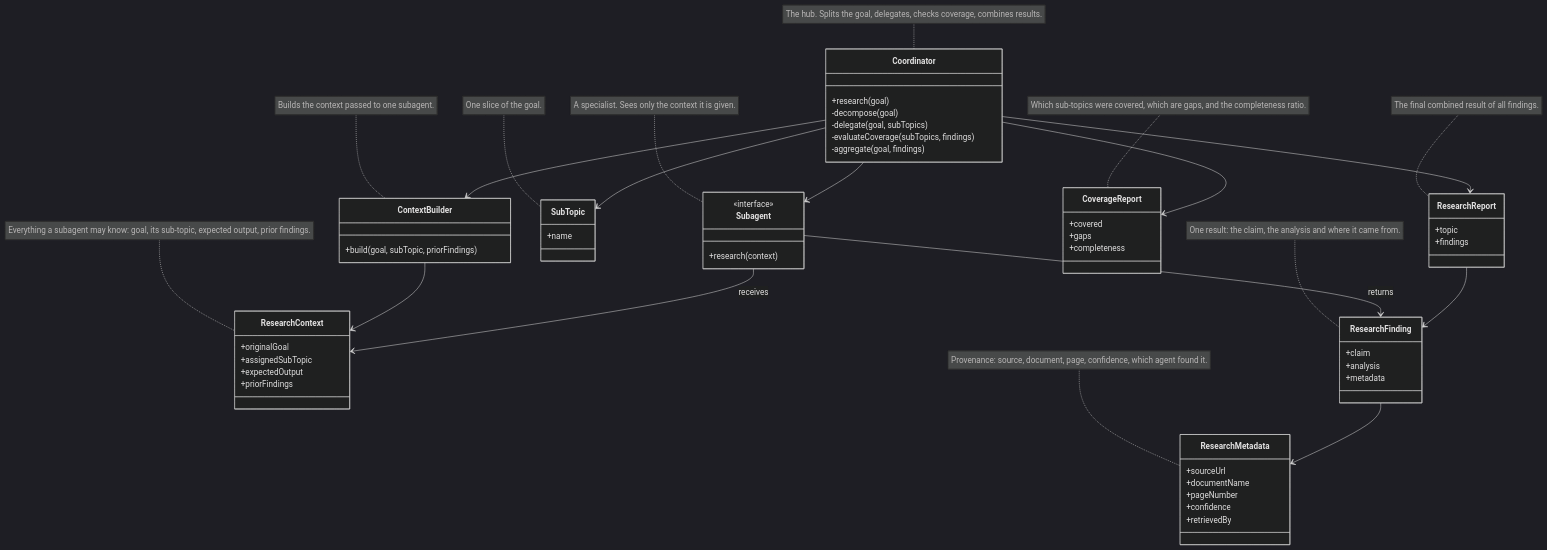
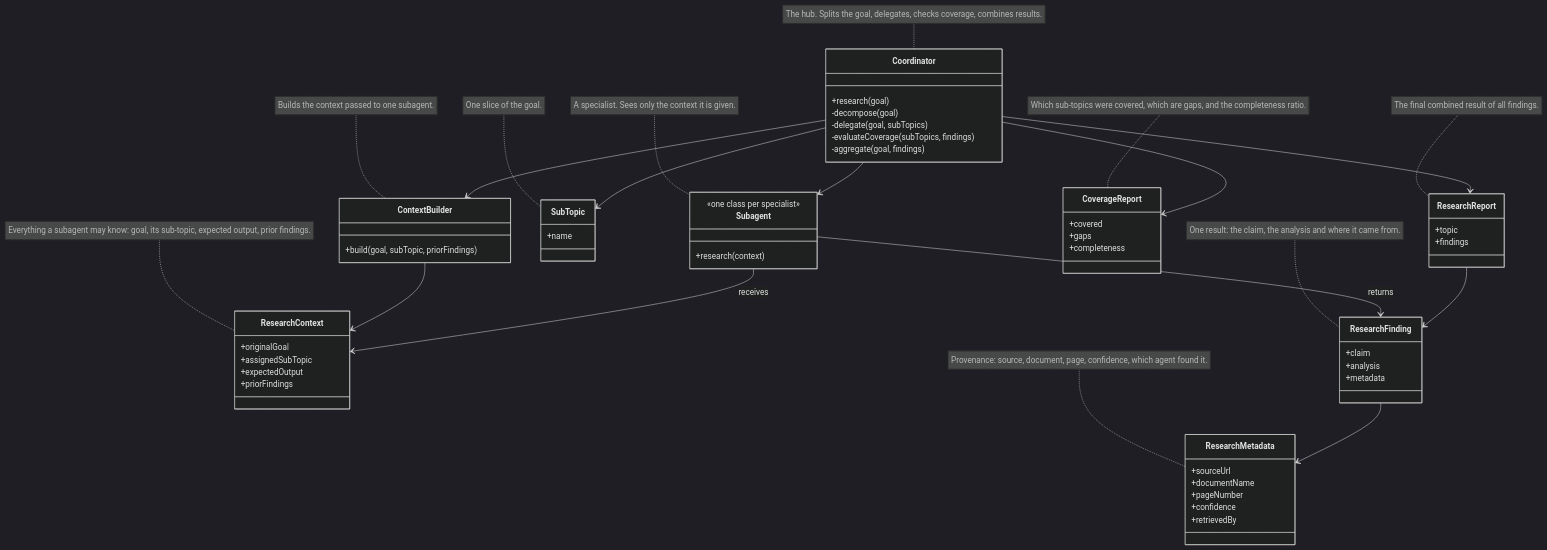
The sixth of 8 diagrams in README.md (YashzAlphaGeek/agent-engineering-lab), drawn with Mermaid (dark theme) before and after one commit. The commit also changed other lines of this file, not shown here.

Commit message:
update of README with mermaid diagram

````diff
--- a/README.md
+++ b/README.md
@@ -353,77 +364,77 @@
 ```mermaid
 classDiagram
 
     class Coordinator {
         +research(goal)
         -decompose(goal)
         -delegate(goal, subTopics)
         -evaluateCoverage(subTopics, findings)
         -aggregate(goal, findings)
     }
 
     class Subagent {
-        <<interface>>
+        <<one class per specialist>>
         +research(context)
     }
 
     class ContextBuilder {
         +build(goal, subTopic, priorFindings)
     }
 
     class ResearchContext {
         +originalGoal
         +assignedSubTopic
         +expectedOutput
         +priorFindings
     }
 
     class SubTopic {
         +name
     }
 
     class ResearchFinding {
         +claim
         +analysis
         +metadata
     }
 
     class ResearchMetadata {
         +sourceUrl
         +documentName
         +pageNumber
         +confidence
         +retrievedBy
     }
 
     class ResearchReport {
         +topic
         +findings
     }
 
     class CoverageReport {
         +covered
         +gaps
         +completeness
     }
 
     Coordinator --> ContextBuilder
     Coordinator --> Subagent
     Coordinator --> SubTopic
     Coordinator --> CoverageReport
     Coordinator --> ResearchReport
     ContextBuilder --> ResearchContext
     Subagent --> ResearchContext : receives
     Subagent --> ResearchFinding : returns
     ResearchFinding --> ResearchMetadata
     ResearchReport --> ResearchFinding
 
     note for Coordinator "The hub. Splits the goal, delegates, checks coverage, combines results."
     note for Subagent "A specialist. Sees only the context it is given."
     note for ContextBuilder "Builds the context passed to one subagent."
     note for ResearchContext "Everything a subagent may know: goal, its sub-topic, expected output, prior findings."
     note for SubTopic "One slice of the goal."
     note for ResearchFinding "One result: the claim, the analysis and where it came from."
     note for ResearchMetadata "Provenance: source, document, page, confidence, which agent found it."
     note for ResearchReport "The final combined result of all findings."
     note for CoverageReport "Which sub-topics were covered, which are gaps, and the completeness ratio."
 ```
````
